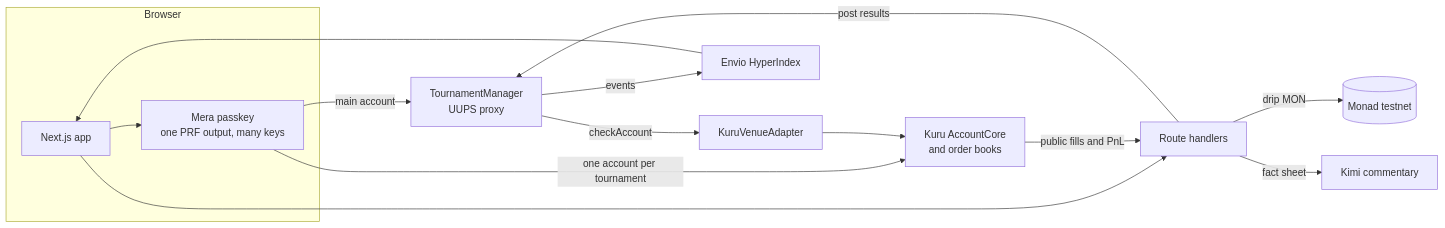
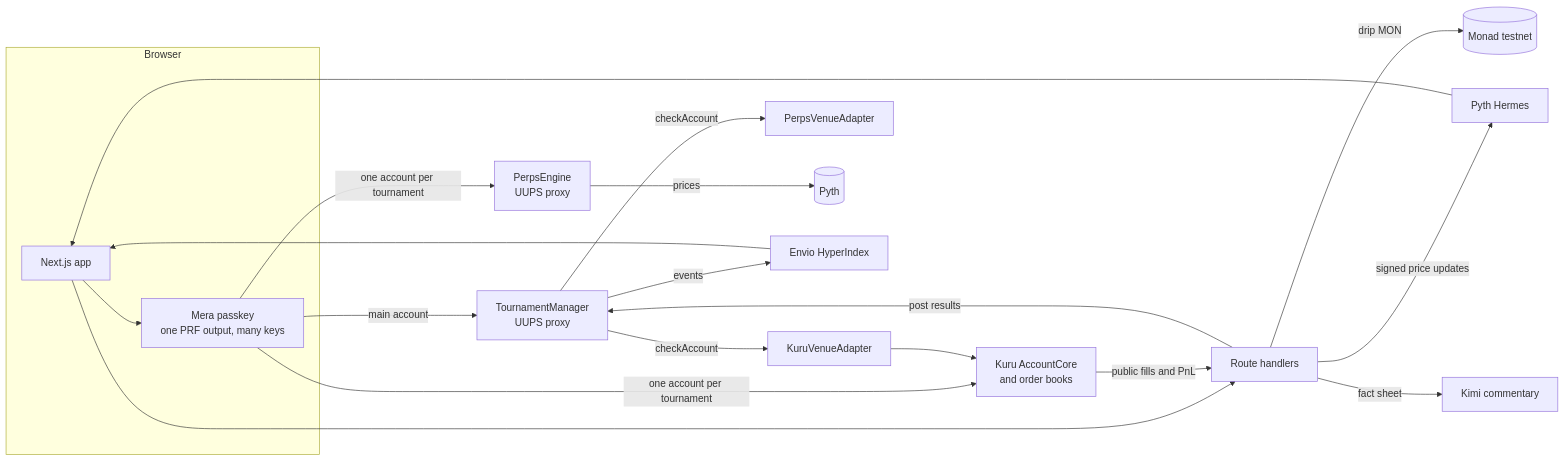
One commit to yotrade/yotrade changed the diagram in docs/ARCHITECTURE.md. Above: the diagram before and after it, drawn with Mermaid. The commit also changed other lines of this file and 2 other files, not shown here.

Commit message:
docs: futures venue in the architecture, and the Pyth key in the environment

````diff
--- a/docs/ARCHITECTURE.md
+++ b/docs/ARCHITECTURE.md
@@ -5,15 +5,19 @@
 ```mermaid
 flowchart LR
   subgraph Browser
     UI[Next.js app] --> Mera[Mera passkey<br/>one PRF output, many keys]
   end
   Mera -->|main account| TM
   Mera -->|one account per tournament| Kuru
   UI --> API[Route handlers]
   API -->|drip MON| Chain[(Monad testnet)]
   API -->|post results| TM[TournamentManager<br/>UUPS proxy]
   TM -->|checkAccount| Adapter[KuruVenueAdapter] --> Kuru[Kuru AccountCore<br/>and order books]
+  TM -->|checkAccount| PerpsAdapter[PerpsVenueAdapter]
+  Mera -->|one account per tournament| Perps[PerpsEngine<br/>UUPS proxy]
+  Perps -->|prices| Pyth[(Pyth)]
+  API -->|signed price updates| Hermes[Pyth Hermes] --> UI
   TM -->|events| Envio[Envio HyperIndex] --> UI
   Kuru -->|public fills and PnL| API
   API -->|fact sheet| Kimi[Kimi commentary]
 ```
````
